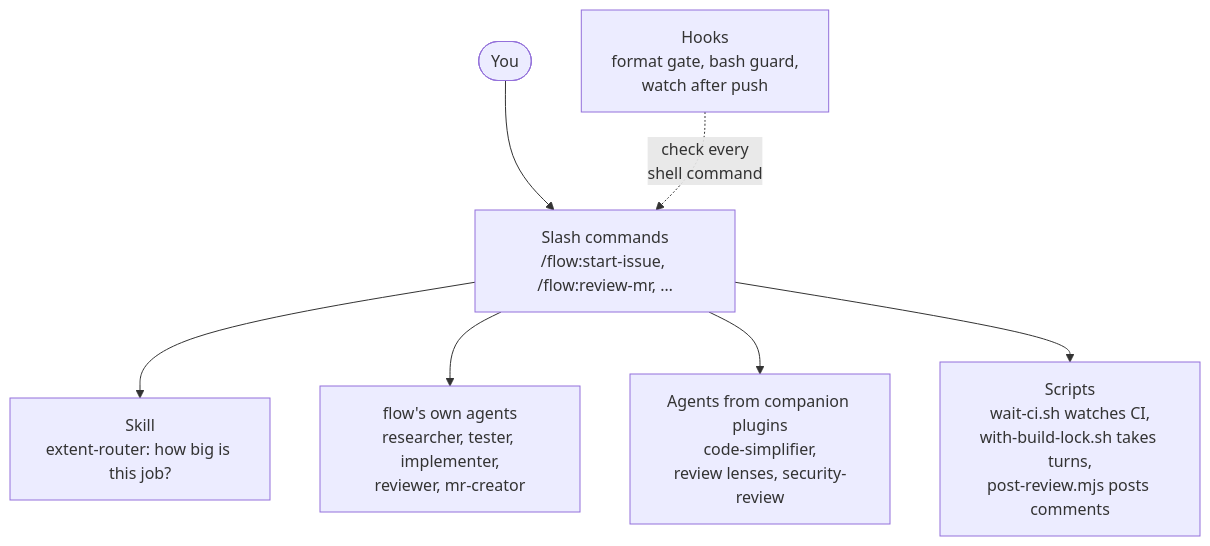
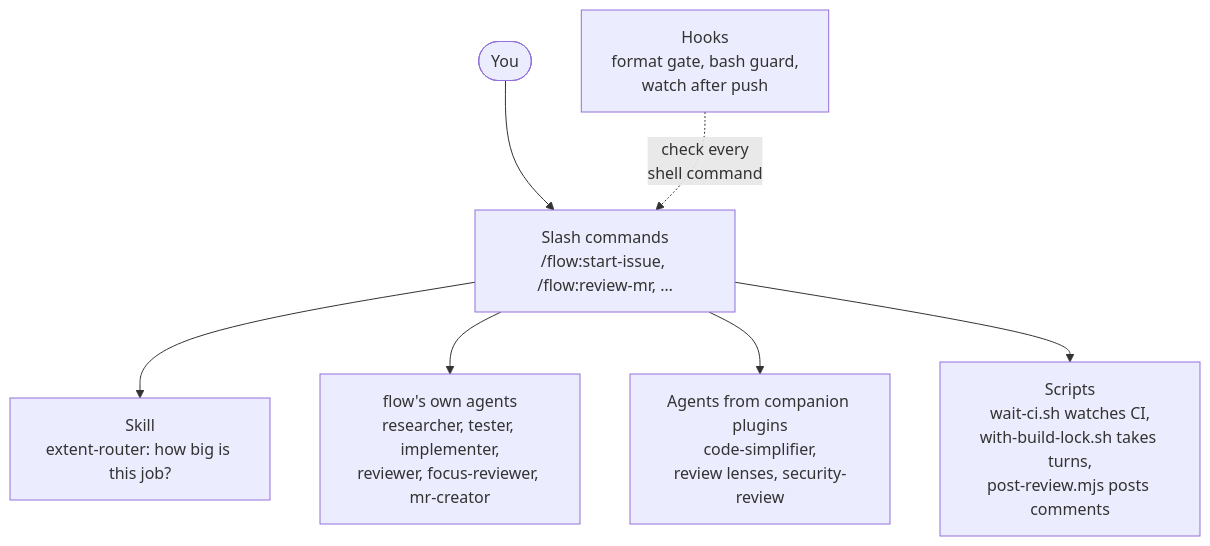
One commit to MarkusVGJensen/flow changed the first of 5 diagrams in README.md. Above: the diagram before and after it, drawn with Mermaid. The commit also changed other lines of this file and 3 other files, not shown here.

Commit message:
flow 0.9.0: /flow:self-review, a fresh-context review of your own branch where you point it, folded into the commits

````diff
--- a/README.md
+++ b/README.md
@@ -137,9 +140,9 @@
 ```mermaid
 flowchart TD
   U(["You"]) --> CMD["Slash commands<br/>/flow:start-issue, /flow:review-mr, …"]
   CMD --> SK["Skill<br/>extent-router: how big is this job?"]
-  CMD --> AG["flow's own agents<br/>researcher, tester, implementer,<br/>reviewer, mr-creator"]
+  CMD --> AG["flow's own agents<br/>researcher, tester, implementer,<br/>reviewer, focus-reviewer, mr-creator"]
   CMD --> FP["Agents from companion plugins<br/>code-simplifier,<br/>review lenses, security-review"]
   CMD --> SCR["Scripts<br/>wait-ci.sh watches CI,<br/>with-build-lock.sh takes turns,<br/>post-review.mjs posts comments"]
   HK["Hooks<br/>format gate, bash guard,<br/>watch after push"] -. "check every<br/>shell command" .-> CMD
 ```
````
